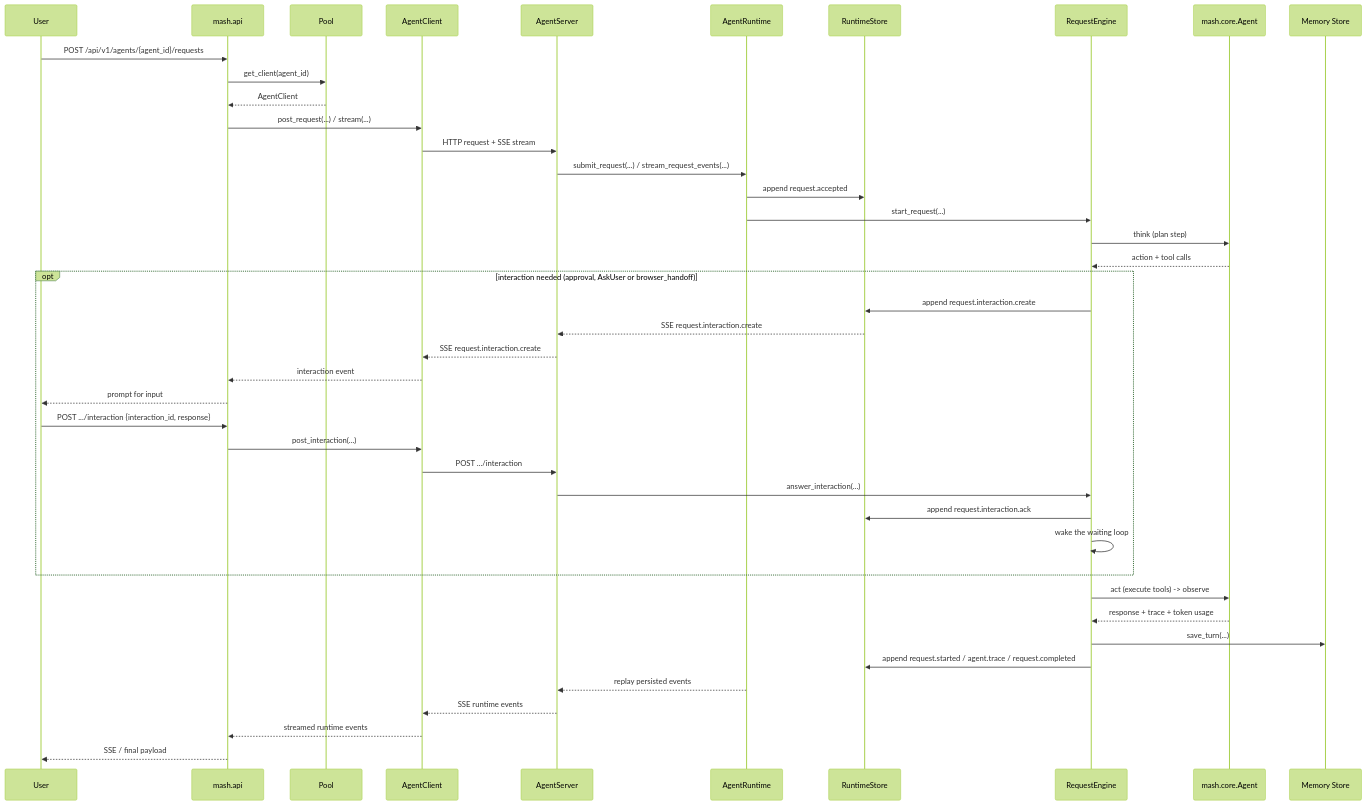
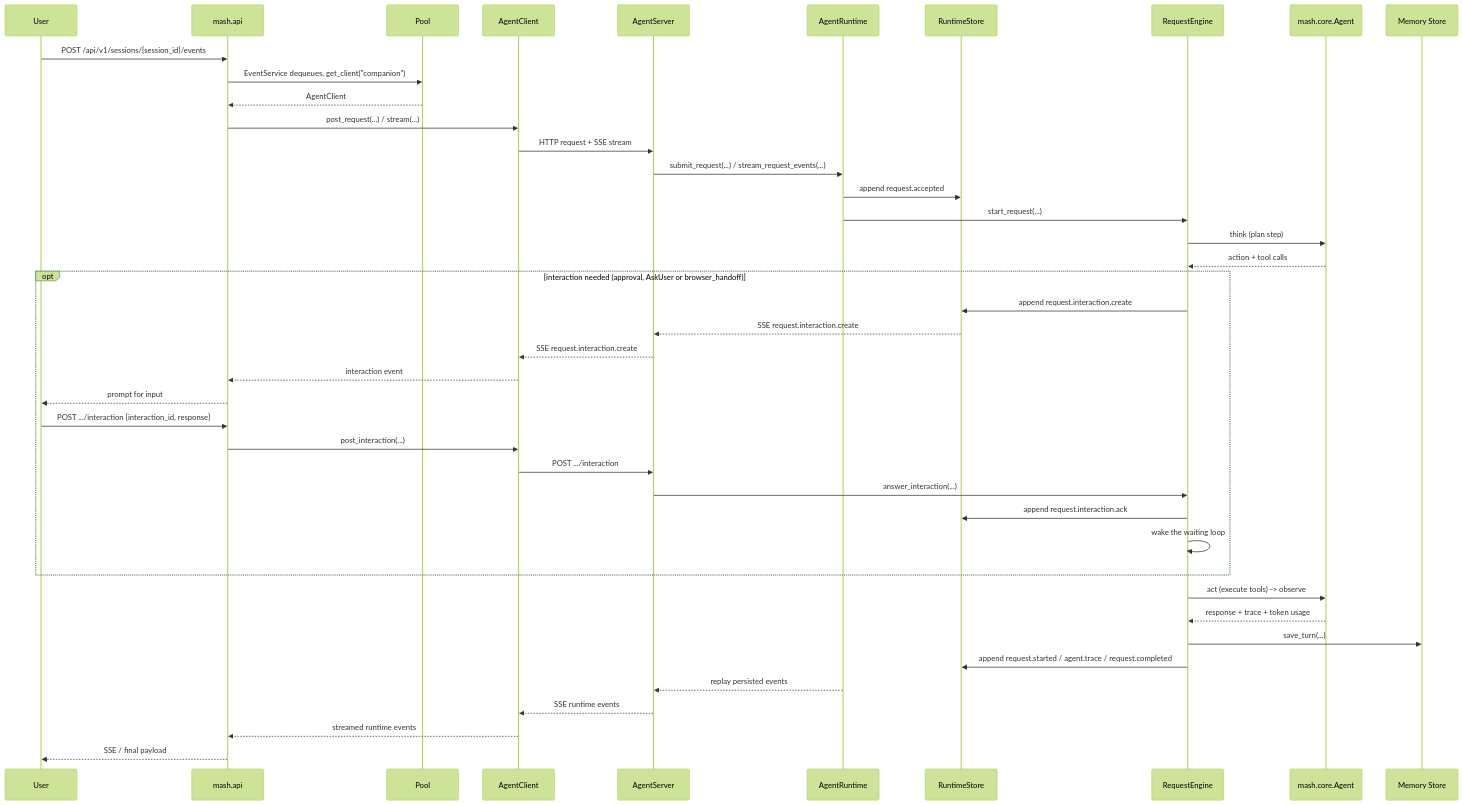
The diagram in src/mash/runtime/README.md (imsid/mashpy), drawn with Mermaid (forest theme) before and after one commit. The commit also changed other lines of this file and 271 other files, not shown here.

First line of the commit message:
feat!: request lifecycle v2: sessions, events and policies (#285)

````diff
--- a/src/mash/runtime/README.md
+++ b/src/mash/runtime/README.md
@@ -80,47 +80,47 @@
 ```mermaid
 sequenceDiagram
     participant User
     participant API as mash.api
     participant Pool
     participant Client as AgentClient
     participant Server as AgentServer
     participant Runtime as AgentRuntime
     participant Events as RuntimeStore
     participant Engine as RequestEngine
     participant Agent as mash.core.Agent
     participant Memory as Memory Store
 
-    User->>API: POST /api/v1/agents/{agent_id}/requests
-    API->>Pool: get_client(agent_id)
+    User->>API: POST /api/v1/sessions/{session_id}/events
+    API->>Pool: EventService dequeues, get_client("companion")
     Pool-->>API: AgentClient
     API->>Client: post_request(...) / stream(...)
     Client->>Server: HTTP request + SSE stream
     Server->>Runtime: submit_request(...) / stream_request_events(...)
     Runtime->>Events: append request.accepted
     Runtime->>Engine: start_request(...)
     Engine->>Agent: think (plan step)
     Agent-->>Engine: action + tool calls
 
     opt interaction needed (approval, AskUser or browser_handoff)
         Engine->>Events: append request.interaction.create
         Events-->>Server: SSE request.interaction.create
         Server-->>Client: SSE request.interaction.create
         Client-->>API: interaction event
         API-->>User: prompt for input
         User->>API: POST .../interaction {interaction_id, response}
         API->>Client: post_interaction(...)
         Client->>Server: POST .../interaction
         Server->>Engine: answer_interaction(...)
         Engine->>Events: append request.interaction.ack
         Engine->>Engine: wake the waiting loop
     end
 
     Engine->>Agent: act (execute tools) -> observe
     Agent-->>Engine: response + trace + token usage
     Engine->>Memory: save_turn(...)
     Engine->>Events: append request.started / agent.trace / request.completed
     Runtime-->>Server: replay persisted events
     Server-->>Client: SSE runtime events
     Client-->>API: streamed runtime events
     API-->>User: SSE / final payload
 ```
````
